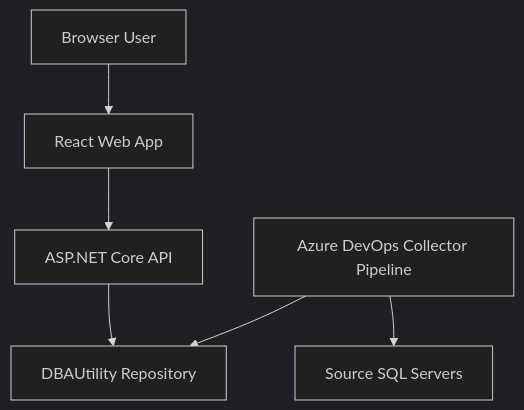
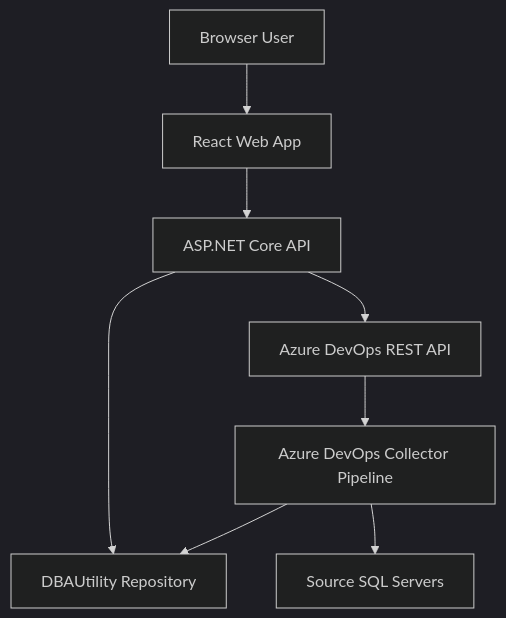
Before and after one commit to shamvil89/Capacity-Intelligence-Dashboard: the second of 2 diagrams in dba-capacity-intelligence-dashboard/docs/customer-lift-and-shift-wiki.md, drawn with Mermaid (dark theme). The commit also changed other lines of this file, not shown here.

````diff
--- a/dba-capacity-intelligence-dashboard/docs/customer-lift-and-shift-wiki.md
+++ b/dba-capacity-intelligence-dashboard/docs/customer-lift-and-shift-wiki.md
@@ -57,8 +109,10 @@
 ```mermaid
 flowchart TD
     U["Browser User"] --> W["React Web App"]
     W --> API["ASP.NET Core API"]
     API --> R["DBAUtility Repository"]
-    P["Azure DevOps Collector Pipeline"] --> R
+    API --> ADO["Azure DevOps REST API"]
+    ADO --> P["Azure DevOps Collector Pipeline"]
+    P --> R
     P --> S["Source SQL Servers"]
 ```
````
